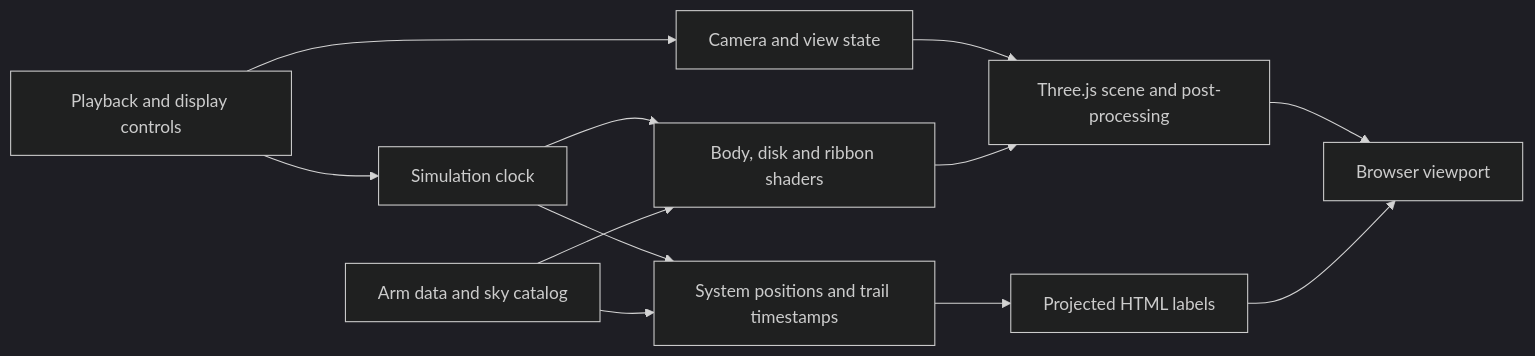
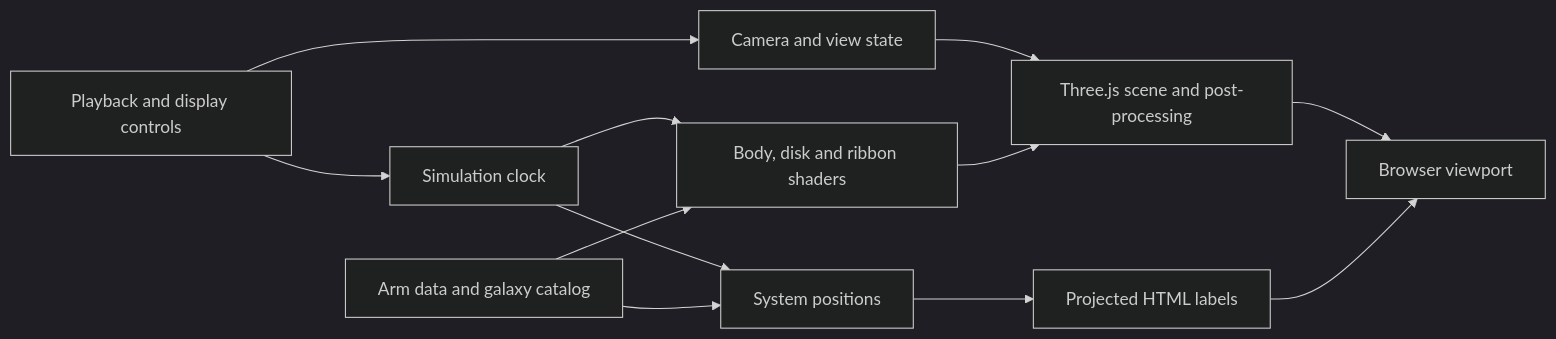
One commit to sai-educ/Galactic-Motion-Sim changed the diagram in README.md. Above: the diagram before and after it, drawn with Mermaid (dark theme). The commit also changed other lines of this file and 18 other files, not shown here.

````diff
--- a/README.md
+++ b/README.md
@@ -135,14 +127,14 @@
 ```mermaid
 flowchart LR
     UI[Playback and display controls] --> Clock[Simulation clock]
     UI --> Camera[Camera and view state]
-    Clock --> CPU[System positions and trail timestamps]
+    Clock --> CPU[System positions]
     Clock --> GPU[Body, disk and ribbon shaders]
-    Catalog[Arm data and sky catalog] --> CPU
+    Catalog[Arm data and galaxy catalog] --> CPU
     Catalog --> GPU
     Camera --> Renderer[Three.js scene and post-processing]
     GPU --> Renderer
     CPU --> Labels[Projected HTML labels]
     Renderer --> Viewport[Browser viewport]
     Labels --> Viewport
 ```
````
